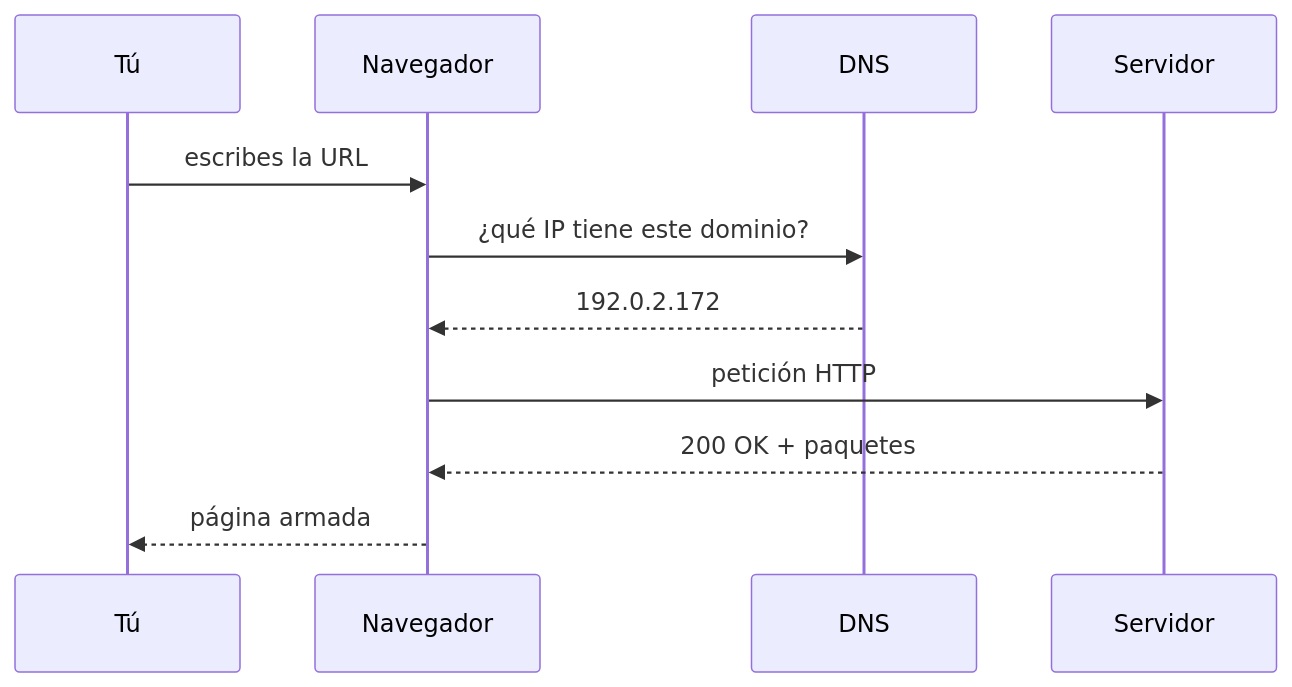
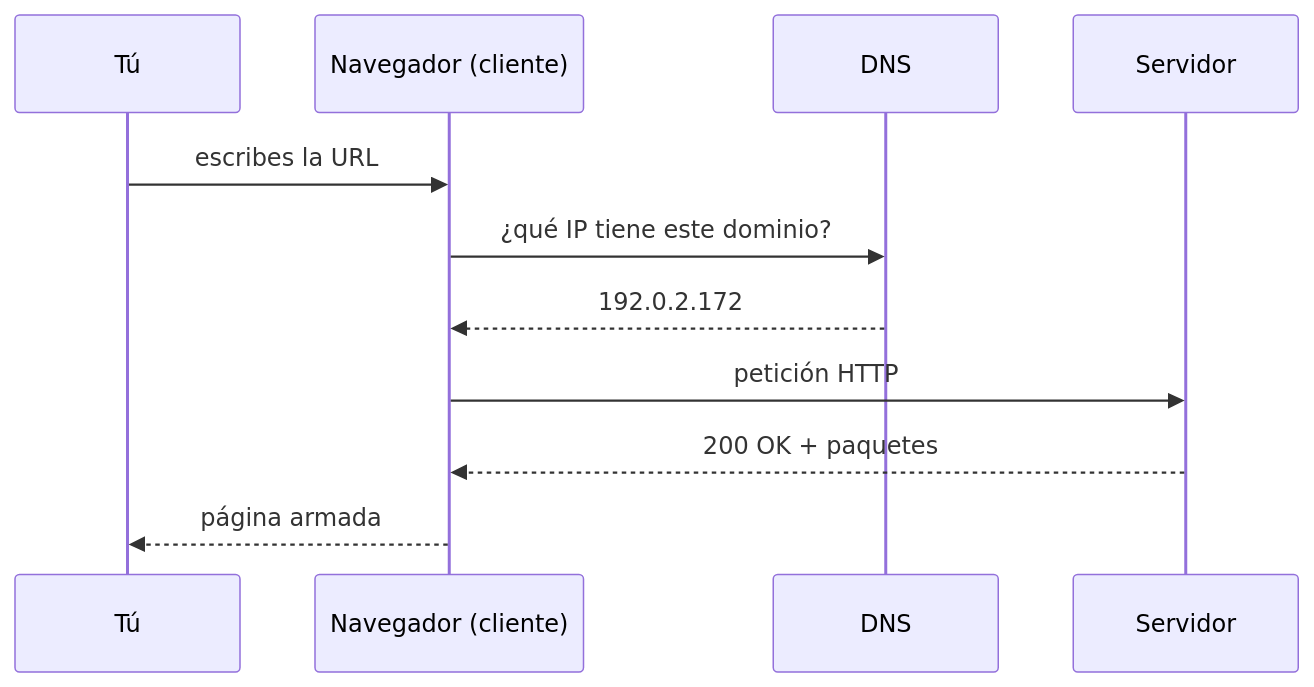
Before and after one commit to CristinaChaconSanta/aura-ai-academy: the diagram in lecciones/N1/N1-M1-L01-que-pasa-cuando-escribes-una-url.md, drawn with Mermaid. The commit also changed other lines of this file and 11 other files, not shown here.

````diff
--- a/lecciones/N1/N1-M1-L01-que-pasa-cuando-escribes-una-url.md
+++ b/lecciones/N1/N1-M1-L01-que-pasa-cuando-escribes-una-url.md
@@ -52,13 +149,13 @@
 ```mermaid
 sequenceDiagram
   participant T as Tú
-  participant N as Navegador
+  participant N as Navegador (cliente)
   participant D as DNS
   participant S as Servidor
   T->>N: escribes la URL
   N->>D: ¿qué IP tiene este dominio?
   D-->>N: 192.0.2.172
   N->>S: petición HTTP
   S-->>N: 200 OK + paquetes
   N-->>T: página armada
 ```
````
